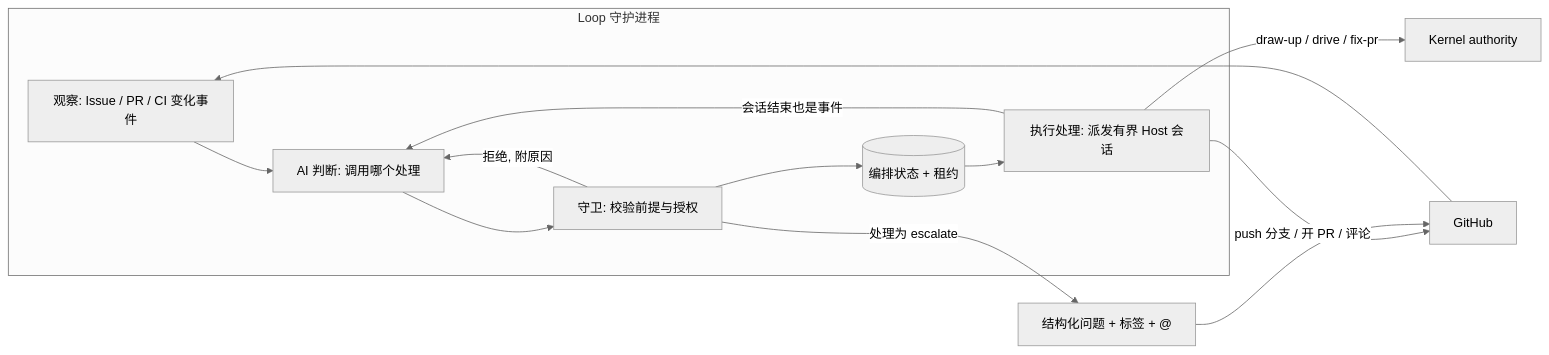
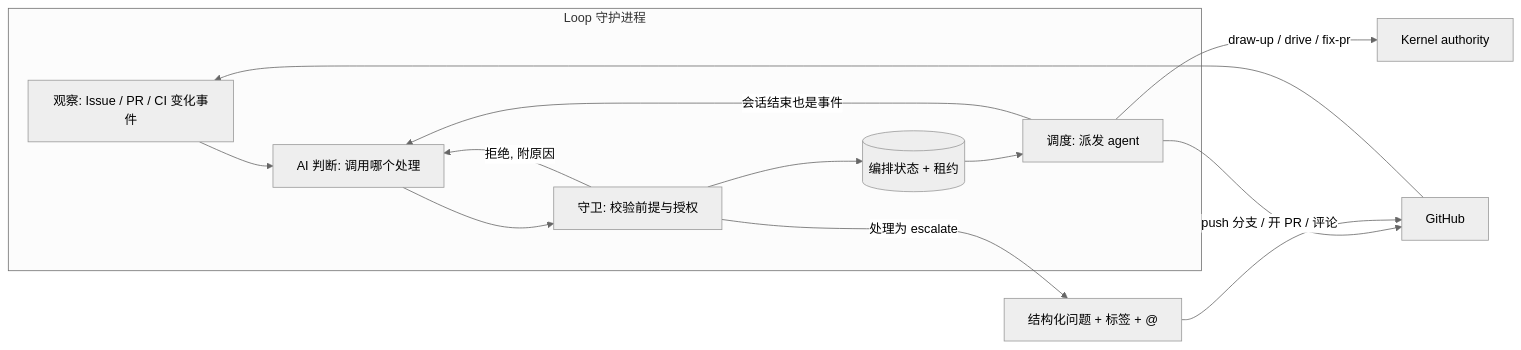
The diagram in docs/proposals/loop-agent.md (dereknex/immune-brain), drawn with Mermaid (neutral theme) before and after one commit. The commit also changed other lines of this file, not shown here.

````diff
--- a/docs/proposals/loop-agent.md
+++ b/docs/proposals/loop-agent.md
@@ -77,16 +83,16 @@
 ```mermaid
 flowchart LR
     subgraph Daemon[Loop 守护进程]
       O[观察: Issue / PR / CI 变化事件] --> T[AI 判断: 调用哪个处理]
       T --> G[守卫: 校验前提与授权]
       G --> S[(编排状态 + 租约)]
-      S --> D[执行处理: 派发有界 Host 会话]
+      S --> D[调度: 派发 agent]
       D -->|会话结束也是事件| T
       G -->|拒绝, 附原因| T
     end
     GH[GitHub] --> O
     D -->|draw-up / drive / fix-pr| K[Kernel authority]
     D -->|push 分支 / 开 PR / 评论| GH
     G -->|处理为 escalate| H[结构化问题 + 标签 + @]
     H --> GH
 ```
````
